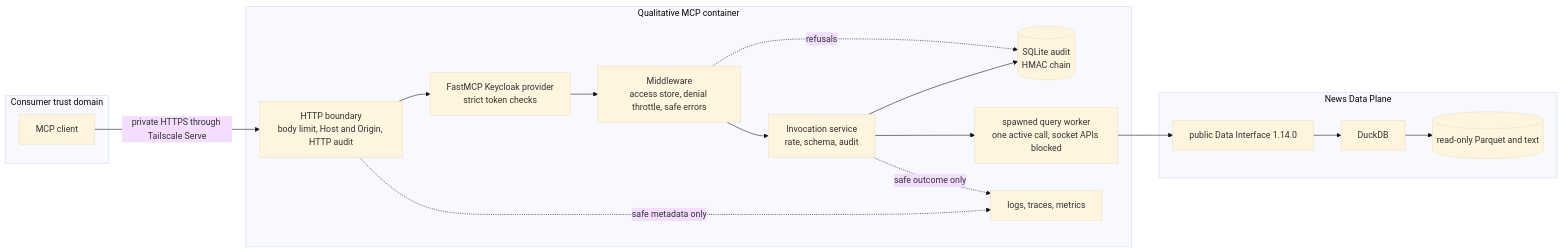
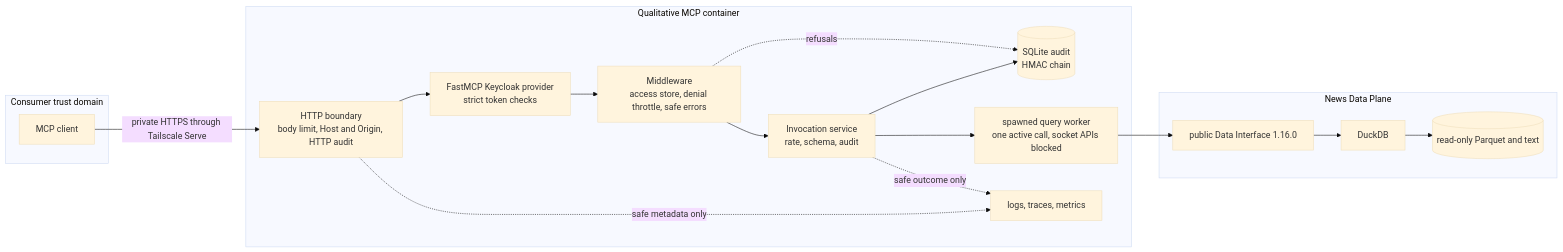
One commit to SiddarthaKoppaka/stram_qualitative_mcp changed the first of 4 diagrams in docs/explanation/architecture.md. Above: the diagram before and after it, drawn with Mermaid (base theme). The commit also changed other lines of this file and 17 other files, not shown here.

````diff
--- a/docs/explanation/architecture.md
+++ b/docs/explanation/architecture.md
@@ -11,26 +11,26 @@
 ```mermaid
 flowchart LR
     subgraph consumer[Consumer trust domain]
         C[MCP client]
     end
     subgraph tool[Qualitative MCP container]
         H[HTTP boundary<br/>body limit, Host and Origin, HTTP audit]
         A[FastMCP Keycloak provider<br/>strict token checks]
         M[Middleware<br/>access store, denial throttle, safe errors]
         P[Invocation service<br/>rate, schema, audit]
         J[(SQLite audit<br/>HMAC chain)]
         W[spawned query worker<br/>one active call, socket APIs blocked]
         O[logs, traces, metrics]
     end
     subgraph data[News Data Plane]
-        I[public Data Interface 1.14.0]
+        I[public Data Interface 1.16.0]
         Q[DuckDB]
         L[(read-only Parquet and text)]
     end
     C -->|private HTTPS through Tailscale Serve| H --> A --> M --> P
     P --> J
     M -. refusals .-> J
     P --> W --> I --> Q --> L
     H -. safe metadata only .-> O
     P -. safe outcome only .-> O
 ```
````
